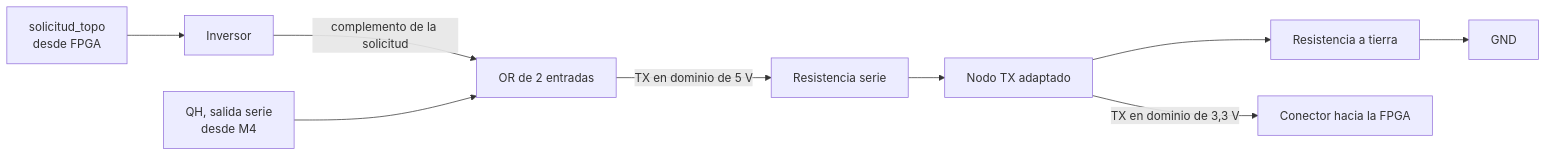
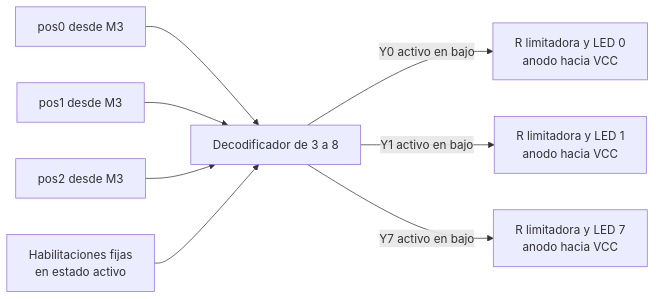
One commit to Taller-de-diseno-digital-GR01/Proyecto-1-Whack-a-mole changed the second of 2 diagrams in Diagramas/diagrama_lvl_4.md. Above: the diagram before and after it, drawn with Mermaid. The commit also changed other lines of this file, not shown here.

Commit message:
Diagrama de cuarto nivel con imagenes

````diff
--- a/Diagramas/diagrama_lvl_4.md
+++ b/Diagramas/diagrama_lvl_4.md
@@ -317,11 +233,10 @@
 ```mermaid
 flowchart LR
-    SOL["solicitud_topo<br/>desde FPGA"] --> INV["Inversor"]
-    INV -->|"complemento de la solicitud"| OR["OR de 2 entradas"]
-    QH["QH, salida serie<br/>desde M4"] --> OR
-    OR -->|"TX en dominio de 5 V"| RS["Resistencia serie"]
-    RS --> NTX["Nodo TX adaptado"]
-    NTX --> RP["Resistencia a tierra"]
-    RP --> GND["GND"]
-    NTX -->|"TX en dominio de 3,3 V"| CONE["Conector hacia la FPGA"]
+    P0["pos0 desde M3"] --> DEC["Decodificador de 3 a 8"]
+    P1["pos1 desde M3"] --> DEC
+    P2["pos2 desde M3"] --> DEC
+    EN["Habilitaciones fijas<br/>en estado activo"] --> DEC
+    DEC -->|"Y0 activo en bajo"| L0["R limitadora y LED 0<br/>anodo hacia VCC"]
+    DEC -->|"Y1 activo en bajo"| L1["R limitadora y LED 1<br/>anodo hacia VCC"]
+    DEC -->|"Y7 activo en bajo"| L7["R limitadora y LED 7<br/>anodo hacia VCC"]
 ```
````
